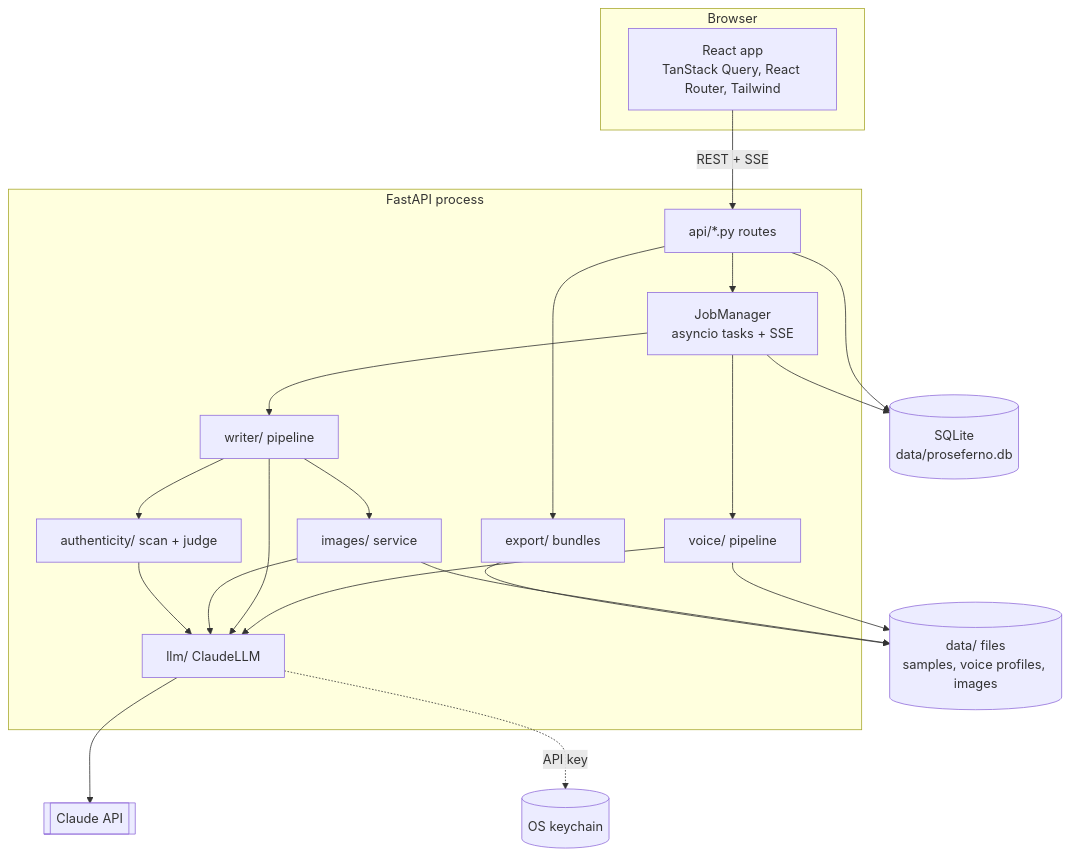
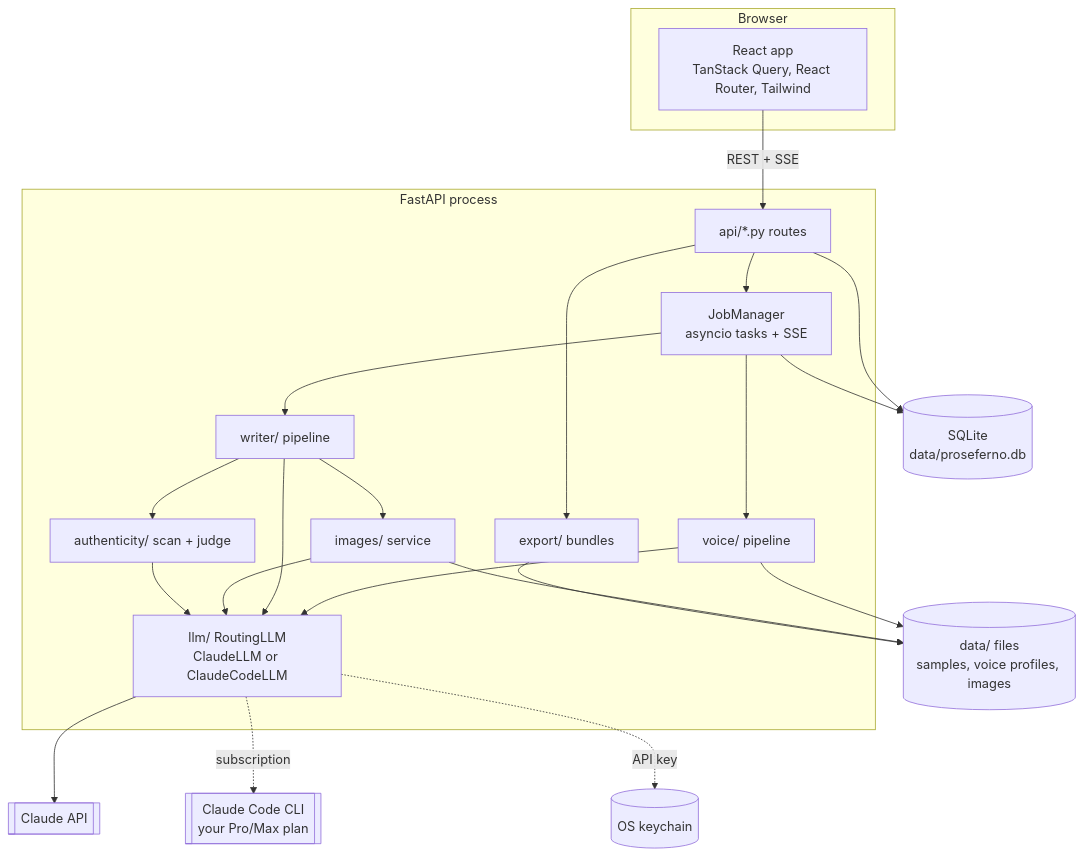
The diagram in docs/architecture.md (ThatShelbs/cc_technical_blogger), drawn with Mermaid before and after one commit. The commit also changed other lines of this file and 17 other files, not shown here.

First line of the commit message:
Add a Claude subscription connection that runs the user's own Claude Code

````diff
--- a/docs/architecture.md
+++ b/docs/architecture.md
@@ -5,29 +5,31 @@
 ```mermaid
 flowchart TB
   subgraph Browser
     UI[React app<br/>TanStack Query, React Router, Tailwind]
   end
   subgraph Backend[FastAPI process]
     API[api/*.py routes]
     Jobs[JobManager<br/>asyncio tasks + SSE]
     Voice[voice/ pipeline]
     Writer[writer/ pipeline]
     Images[images/ service]
     Detect[authenticity/ scan + judge]
     Export[export/ bundles]
-    LLM[llm/ ClaudeLLM]
+    LLM[llm/ RoutingLLM<br/>ClaudeLLM or ClaudeCodeLLM]
   end
   DB[(SQLite<br/>data/proseferno.db)]
   Files[(data/ files<br/>samples, voice profiles, images)]
   Keychain[(OS keychain)]
   Claude[[Claude API]]
+  ClaudeCode[[Claude Code CLI<br/>your Pro/Max plan]]
 
   UI -- REST + SSE --> API
   API --> Jobs --> Voice & Writer
   Writer --> Images & Detect
   Voice & Writer & Images & Detect --> LLM --> Claude
+  LLM -. subscription .-> ClaudeCode
   API --> Export
   API & Jobs --> DB
   Voice & Images & Export --> Files
   LLM -. API key .-> Keychain
 ```
````
